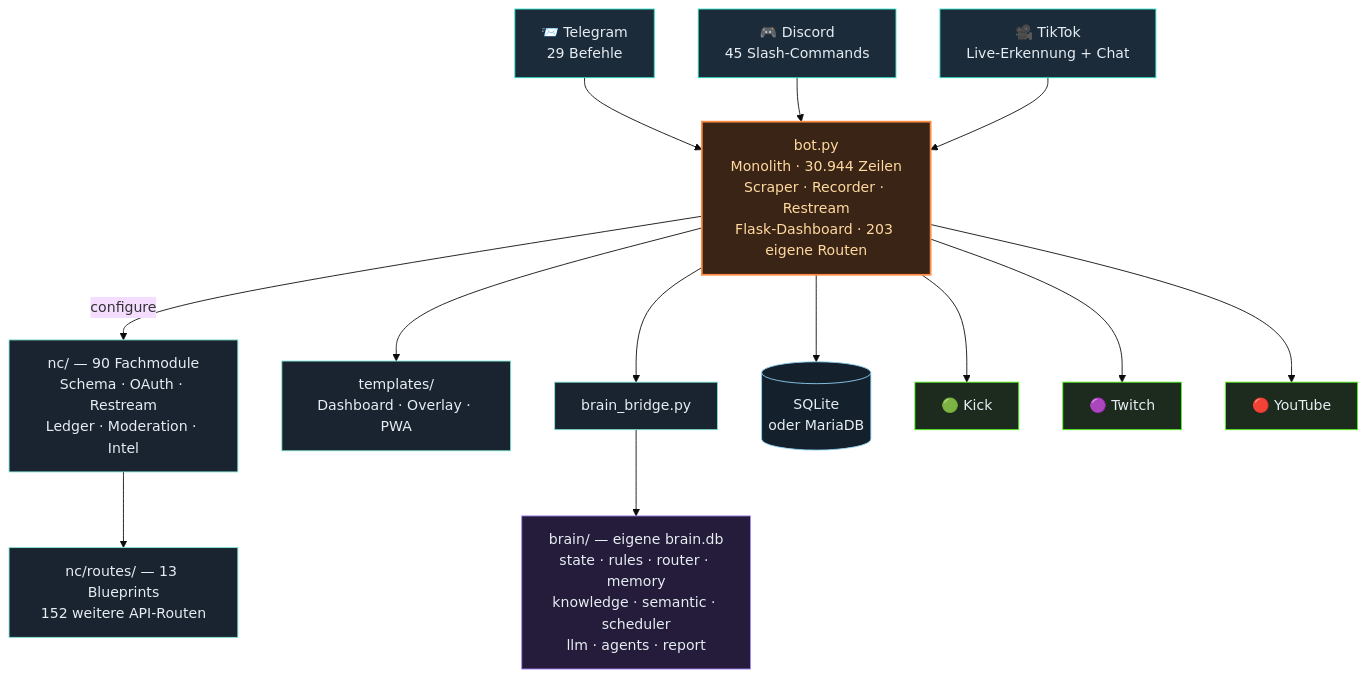
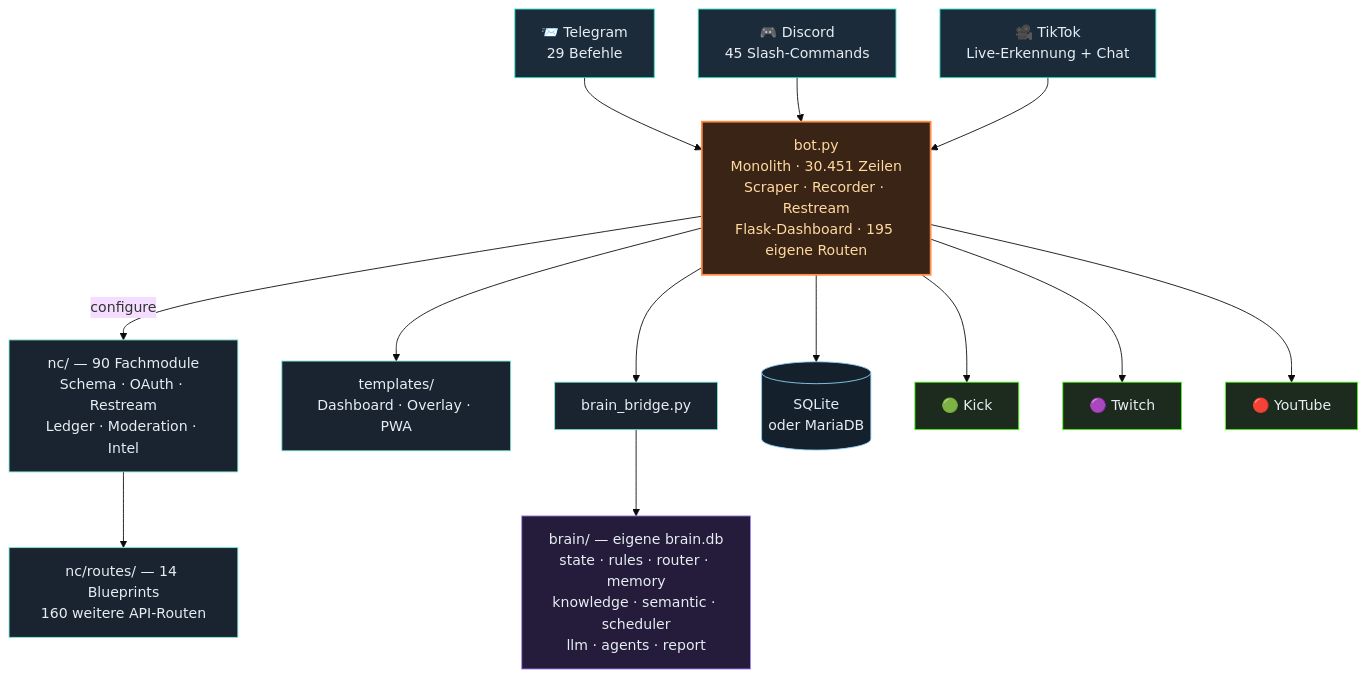
Before and after one commit to itsamemedev/Telegram-Stream-Info-Bot: the third of 4 diagrams in README.md, drawn with Mermaid (base theme). The commit also changed other lines of this file and 9 other files, not shown here.

First line of the commit message:
v4.1 W3: Evolution-Core aus dem Monolithen, Routen ins Blueprint

````diff
--- a/README.md
+++ b/README.md
@@ -187,30 +187,30 @@
 ```mermaid
 flowchart TB
     TG["📨 Telegram<br/>29 Befehle"]:::ein
     DC["🎮 Discord<br/>45 Slash-Commands"]:::ein
     TT["🎥 TikTok<br/>Live-Erkennung + Chat"]:::ein
 
     TG --> BOT
     DC --> BOT
     TT --> BOT
 
-    BOT["bot.py<br/>Monolith · 30.944 Zeilen<br/>Scraper · Recorder · Restream<br/>Flask-Dashboard · 203 eigene Routen"]:::core
+    BOT["bot.py<br/>Monolith · 30.451 Zeilen<br/>Scraper · Recorder · Restream<br/>Flask-Dashboard · 195 eigene Routen"]:::core
 
     BOT -->|configure| NC["nc/ — 90 Fachmodule<br/>Schema · OAuth · Restream<br/>Ledger · Moderation · Intel"]:::lib
-    NC --> RT["nc/routes/ — 13 Blueprints<br/>152 weitere API-Routen"]:::lib
+    NC --> RT["nc/routes/ — 14 Blueprints<br/>160 weitere API-Routen"]:::lib
     BOT --> TPL["templates/<br/>Dashboard · Overlay · PWA"]:::lib
     BOT --> BR["brain_bridge.py"]:::lib
     BR --> BRAIN["brain/ — eigene brain.db<br/>state · rules · router · memory<br/>knowledge · semantic · scheduler<br/>llm · agents · report"]:::brain
     BOT --> DB[("SQLite<br/>oder MariaDB")]:::db
 
     BOT --> KICK["🟢 Kick"]:::out
     BOT --> TW["🟣 Twitch"]:::out
     BOT --> YT["🔴 YouTube"]:::out
 
     classDef ein fill:#1c2b3a,stroke:#2de1c2,color:#e6edf3
     classDef core fill:#3a2415,stroke:#ff8c42,stroke-width:2px,color:#ffd9a0
     classDef lib fill:#1a2430,stroke:#7fe7d4,color:#e6edf3
     classDef brain fill:#241c3a,stroke:#a78bfa,color:#e6edf3
     classDef db fill:#14202c,stroke:#8fd3f4,color:#e6edf3
     classDef out fill:#1c2b1e,stroke:#53fc18,color:#e6edf3
 ```
````
